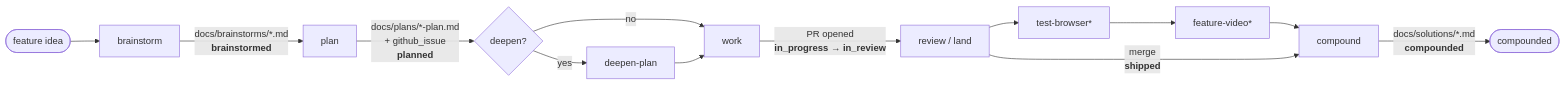
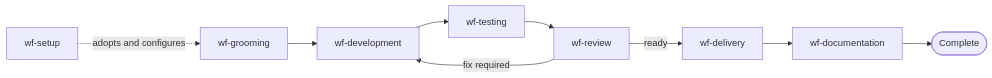
One commit to Life-With-Data/agentic-engineering changed the second of 7 diagrams in plugins/agentic-engineering/FLOWS.md. Above: the diagram before and after it, drawn with Mermaid. The commit also changed other lines of this file and 282 other files, not shown here.

````diff
--- a/plugins/agentic-engineering/FLOWS.md
+++ b/plugins/agentic-engineering/FLOWS.md
@@ -25,15 +24,11 @@
 ```mermaid
 flowchart LR
-    idea([feature idea]) --> B["brainstorm"]
-    B -->|"docs/brainstorms/*.md<br/><b>brainstormed</b>"| P["plan"]
-    P -->|"docs/plans/*-plan.md<br/>+ github_issue<br/><b>planned</b>"| D{"deepen?"}
-    D -->|yes| DP["deepen-plan"]
-    D -->|no| W
-    DP --> W["work"]
-    W -->|"PR opened<br/><b>in_progress → in_review</b>"| R["review / land"]
-    R --> TB["test-browser*"]
-    TB --> FV["feature-video*"]
-    FV --> C["compound"]
-    R -->|"merge<br/><b>shipped</b>"| C
-    C -->|"docs/solutions/*.md<br/><b>compounded</b>"| done([compounded])
+    G["wf-grooming"] --> D["wf-development"]
+    D --> T["wf-testing"]
+    T --> R["wf-review"]
+    R -->|"fix required"| D
+    R -->|"ready"| L["wf-delivery"]
+    L --> K["wf-documentation"]
+    K --> done([Complete])
+    S["wf-setup"] -. "adopts and configures" .-> G
 ```
````
